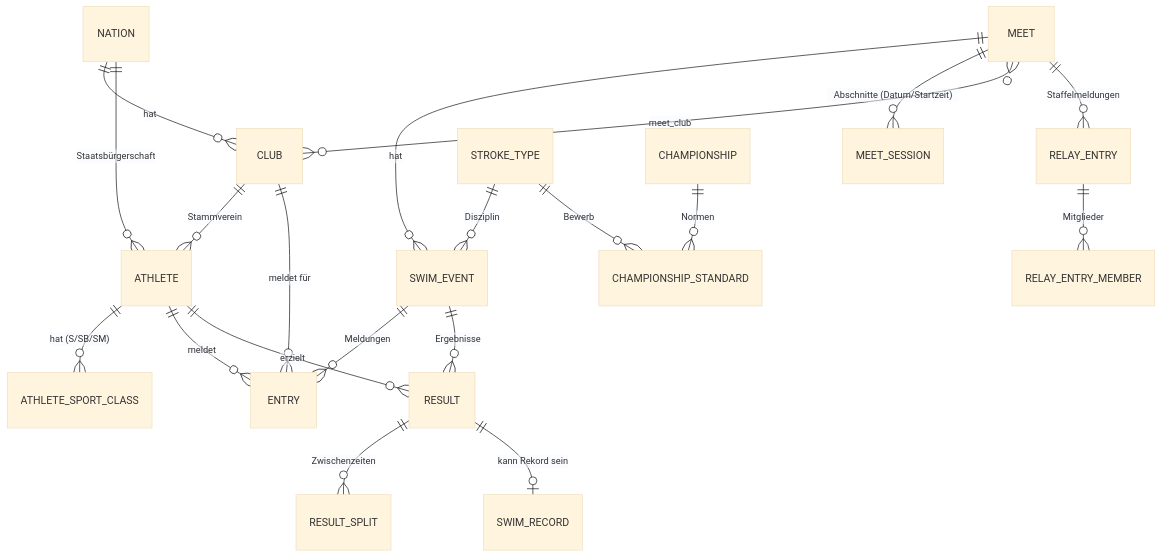
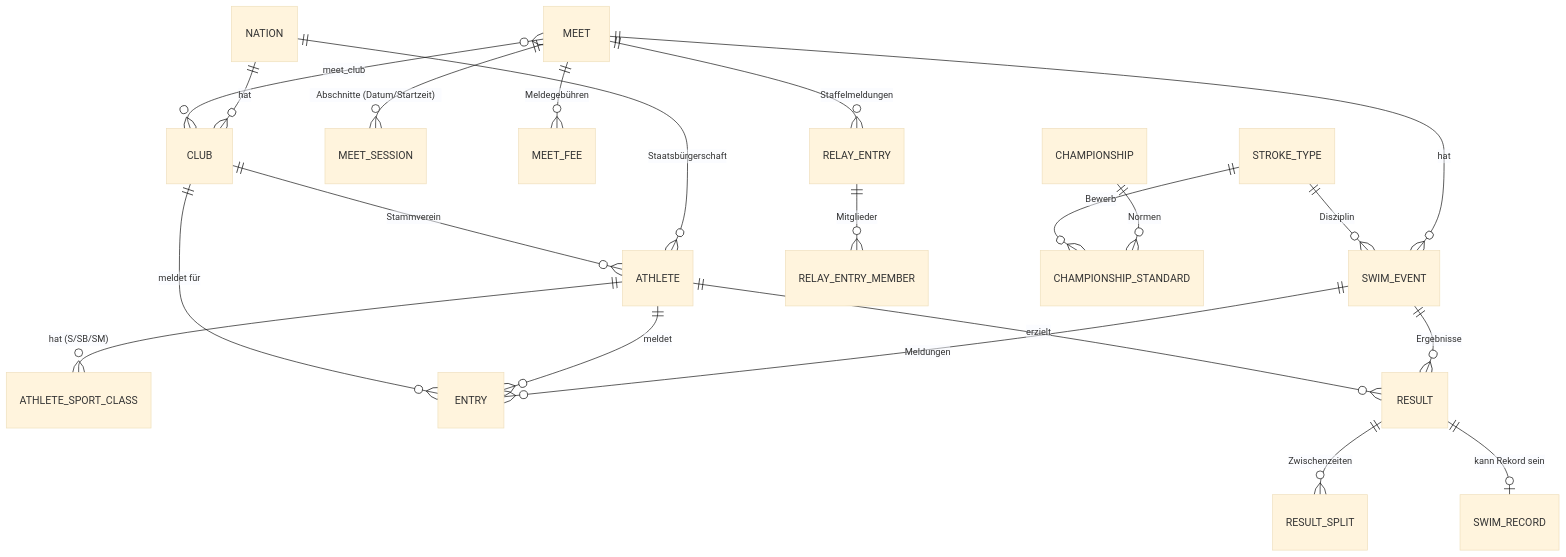
Before and after one commit to urshar/para-swimming: the diagram in docs/data-model.md, drawn with Mermaid (base theme). The commit also changed other lines of this file and 14 other files, not shown here.

````diff
--- a/docs/data-model.md
+++ b/docs/data-model.md
@@ -22,22 +22,23 @@
 ```mermaid
 erDiagram
     NATION ||--o{ CLUB: "hat"
     NATION ||--o{ ATHLETE: "Staatsbürgerschaft"
     CLUB ||--o{ ATHLETE: "Stammverein"
     ATHLETE ||--o{ ATHLETE_SPORT_CLASS: "hat (S/SB/SM)"
     MEET ||--o{ SWIM_EVENT: "hat"
     MEET ||--o{ MEET_SESSION: "Abschnitte (Datum/Startzeit)"
+    MEET ||--o{ MEET_FEE: "Meldegebühren"
     MEET }o--o{ CLUB: "meet_club"
     SWIM_EVENT ||--o{ ENTRY: "Meldungen"
     SWIM_EVENT ||--o{ RESULT: "Ergebnisse"
     ATHLETE ||--o{ ENTRY: "meldet"
     ATHLETE ||--o{ RESULT: "erzielt"
     CLUB ||--o{ ENTRY: "meldet für"
     RESULT ||--o{ RESULT_SPLIT: "Zwischenzeiten"
     MEET ||--o{ RELAY_ENTRY: "Staffelmeldungen"
     RELAY_ENTRY ||--o{ RELAY_ENTRY_MEMBER: "Mitglieder"
     STROKE_TYPE ||--o{ SWIM_EVENT: "Disziplin"
     RESULT ||--o| SWIM_RECORD: "kann Rekord sein"
     CHAMPIONSHIP ||--o{ CHAMPIONSHIP_STANDARD: "Normen"
     STROKE_TYPE ||--o{ CHAMPIONSHIP_STANDARD: "Bewerb"
 ```
````
